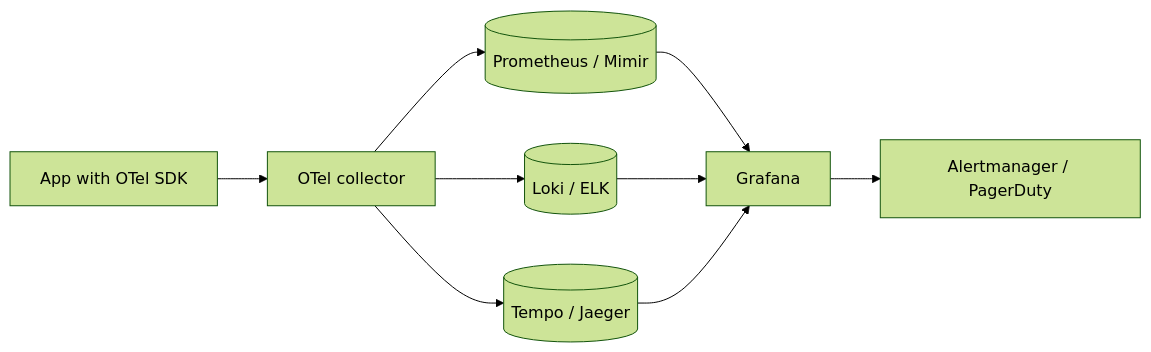
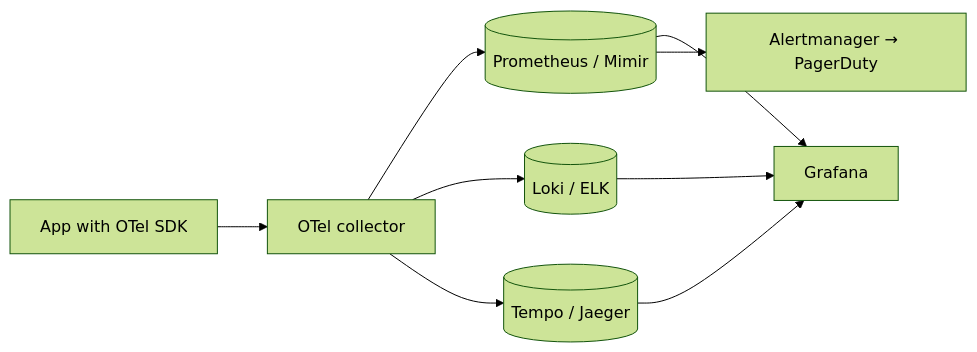
Before and after one commit to amanleloush/STACKTRACE: the diagram in src/content/notes/09-production-craft/metrics-logs-traces.mdx, drawn with Mermaid (forest theme). The commit also changed other lines of this file and 258 other files, not shown here.

````diff
--- a/src/content/notes/09-production-craft/metrics-logs-traces.mdx
+++ b/src/content/notes/09-production-craft/metrics-logs-traces.mdx
@@ -21,11 +23,11 @@
 ```mermaid
 flowchart LR
     APP[App with OTel SDK] --> COL[OTel collector]
     COL --> MET[(Prometheus / Mimir)]
     COL --> LOG[(Loki / ELK)]
     COL --> TR[(Tempo / Jaeger)]
     MET --> GRAF[Grafana]
     LOG --> GRAF
     TR --> GRAF
-    GRAF --> ALERT[Alertmanager / PagerDuty]
+    MET --> ALERT[Alertmanager → PagerDuty]
 ```
````
